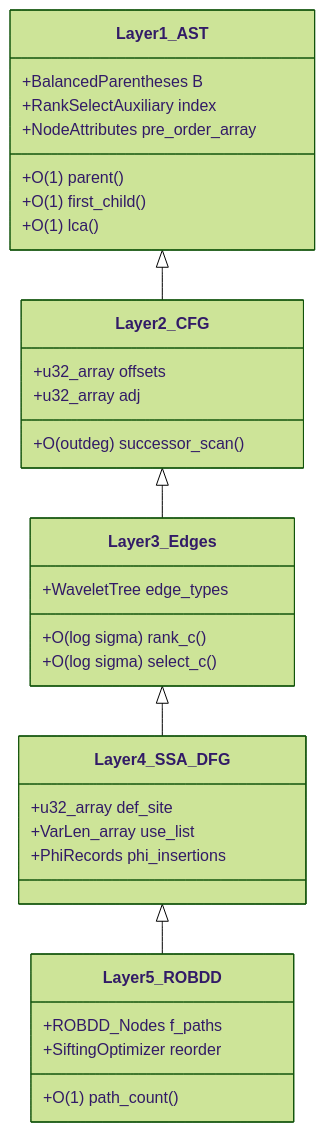
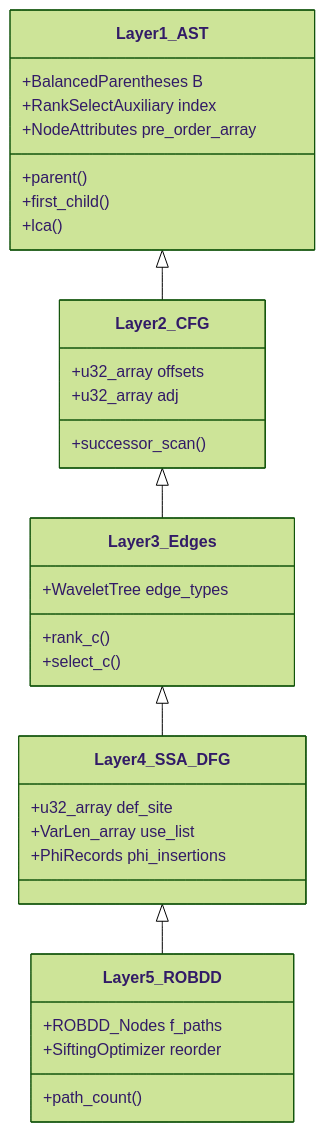
Before and after one commit to AhmadHassan-BTed/OpenHeart: the third of 4 diagrams in docs/architecture.md, drawn with Mermaid (forest theme). The commit also changed other lines of this file and 1 other file, not shown here.

Commit message:
fix(docs): add double quotes to Mermaid link labels in README and architecture.md for GitHub parser compatibility

````diff
--- a/docs/architecture.md
+++ b/docs/architecture.md
@@ -70,35 +70,35 @@
 ```mermaid
 classDiagram
     class Layer1_AST {
         +BalancedParentheses B
         +RankSelectAuxiliary index
         +NodeAttributes pre_order_array
-        +O(1) parent()
-        +O(1) first_child()
-        +O(1) lca()
+        +parent()
+        +first_child()
+        +lca()
     }
     class Layer2_CFG {
         +u32_array offsets
         +u32_array adj
-        +O(outdeg) successor_scan()
+        +successor_scan()
     }
     class Layer3_Edges {
         +WaveletTree edge_types
-        +O(log sigma) rank_c()
-        +O(log sigma) select_c()
+        +rank_c()
+        +select_c()
     }
     class Layer4_SSA_DFG {
         +u32_array def_site
         +VarLen_array use_list
         +PhiRecords phi_insertions
     }
     class Layer5_ROBDD {
         +ROBDD_Nodes f_paths
         +SiftingOptimizer reorder
-        +O(1) path_count()
+        +path_count()
     }
     Layer1_AST <|-- Layer2_CFG
     Layer2_CFG <|-- Layer3_Edges
     Layer3_Edges <|-- Layer4_SSA_DFG
     Layer4_SSA_DFG <|-- Layer5_ROBDD
 ```
````
